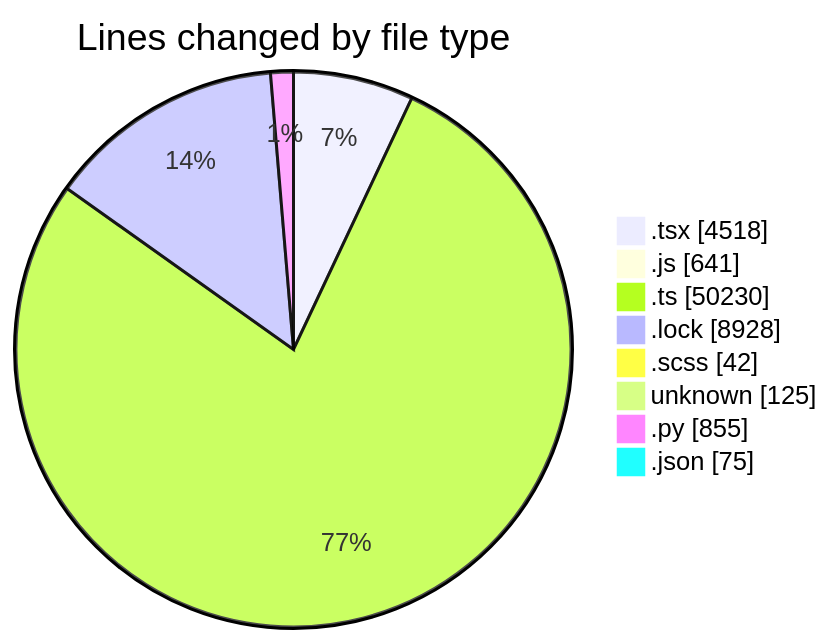
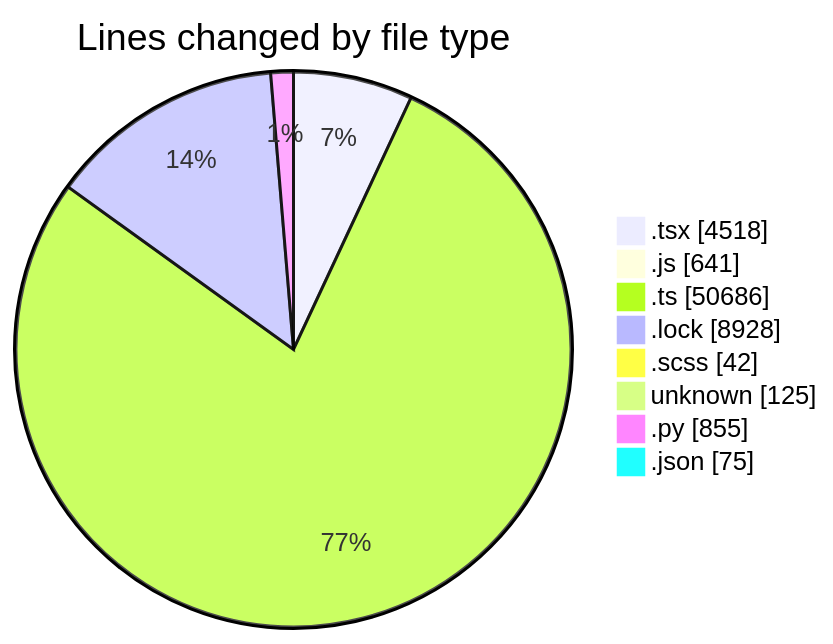
The first of 2 diagrams in 2026-09-16/cda/README.md (momahboobian/code-tracking), drawn with Mermaid before and after one commit. The commit also changed other lines of this file and 1 other file, not shown here.

````diff
--- a/2026-09-16/cda/README.md
+++ b/2026-09-16/cda/README.md
@@ -80,12 +82,12 @@
 ```mermaid
 pie showData
 title Lines changed by file type
 ".tsx" : 4518
 ".js" : 641
-".ts" : 50230
+".ts" : 50686
 ".lock" : 8928
 ".scss" : 42
 "unknown" : 125
 ".py" : 855
 ".json" : 75
 ```
````
